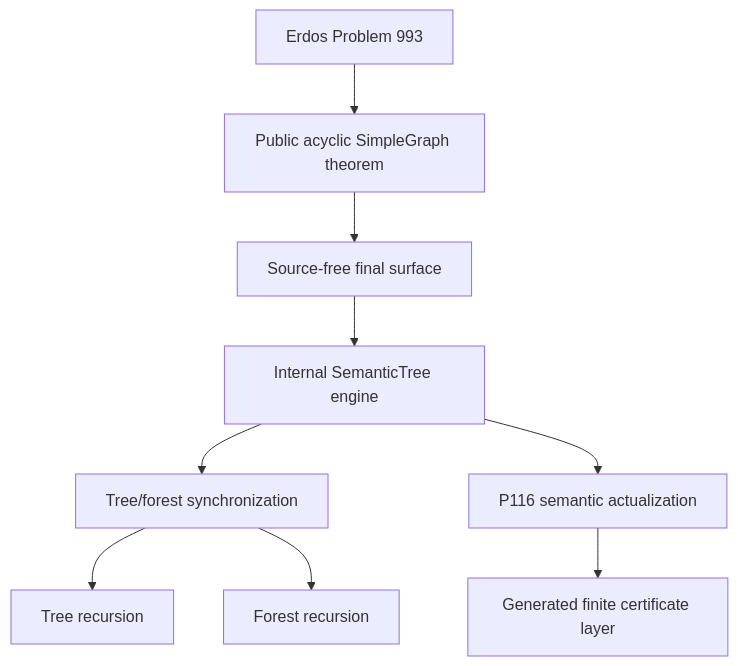
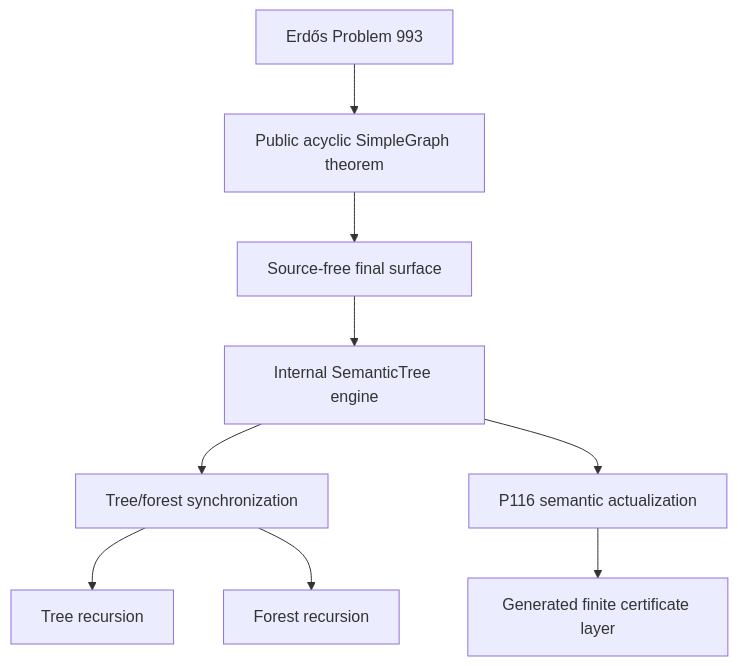
The diagram in blueprint/graph.mmd (selfreferencing/erdos-993), drawn with Mermaid before and after one commit. The commit also changed 11 other files, not shown here.

```diff
--- a/blueprint/graph.mmd
+++ b/blueprint/graph.mmd
@@ -1,19 +1,19 @@
 flowchart TD
-  problem["Erdos Problem 993"]
+  problem["Erdős Problem 993"]
   public["Public acyclic SimpleGraph theorem"]
   sourcefree["Source-free final surface"]
   semantic["Internal SemanticTree engine"]
   sync["Tree/forest synchronization"]
   tree["Tree recursion"]
   forest["Forest recursion"]
   p116["P116 semantic actualization"]
   cert["Generated finite certificate layer"]
 
   problem --> public
   public --> sourcefree
   sourcefree --> semantic
   semantic --> sync
   sync --> tree
   sync --> forest
   semantic --> p116
   p116 --> cert
```
